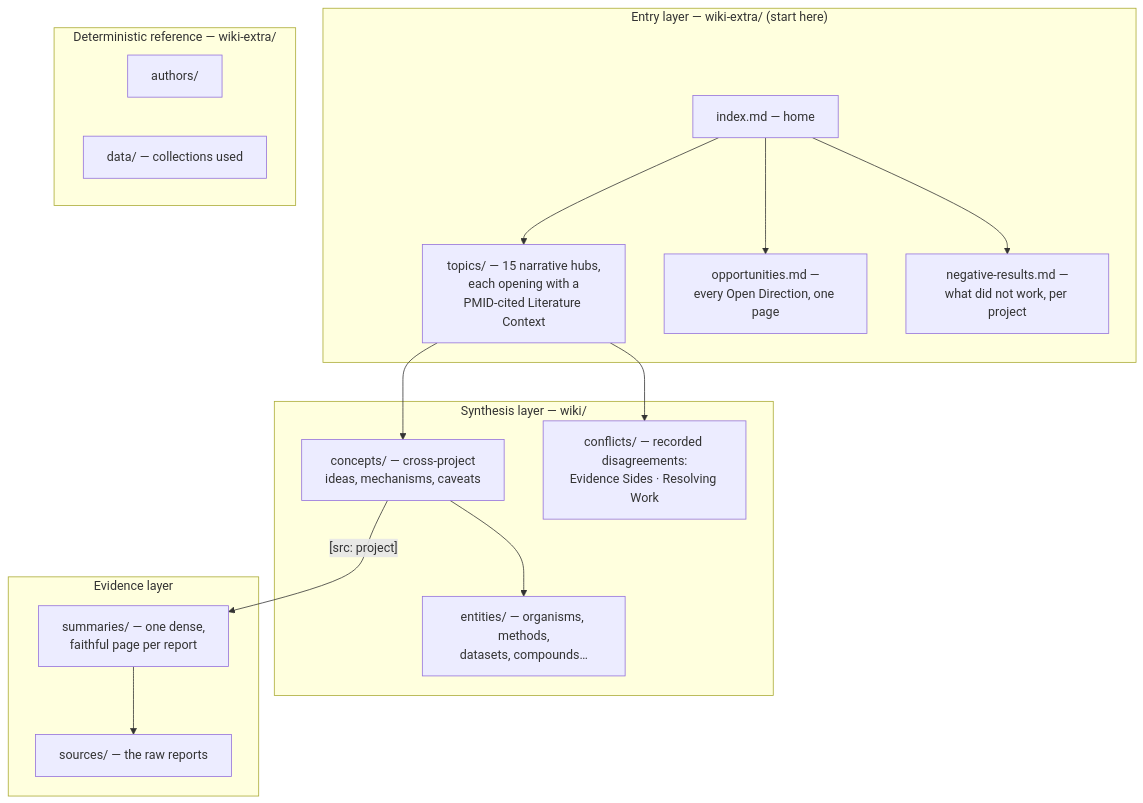
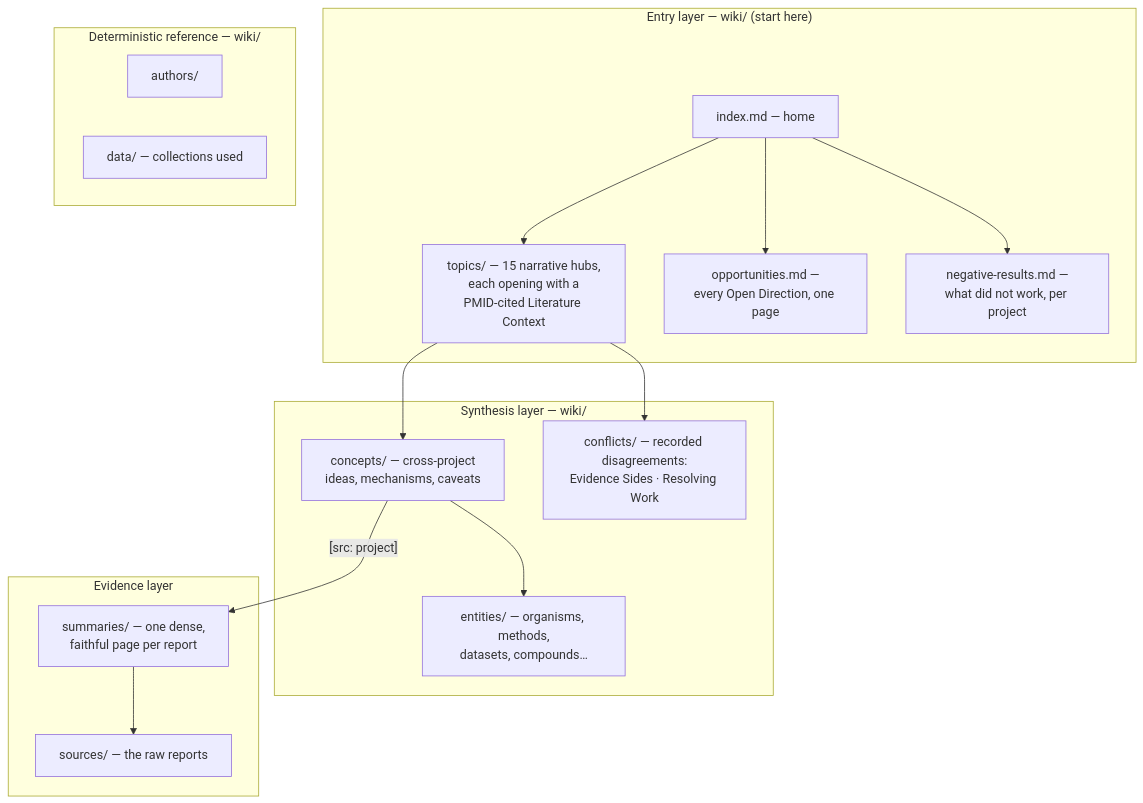
Before and after one commit to beril-doe/beril-wiki: the diagram in docs/wiki.md, drawn with Mermaid. The commit also changed other lines of this file and 173 other files, not shown here.

````diff
--- a/docs/wiki.md
+++ b/docs/wiki.md
@@ -8,24 +8,24 @@
 ```mermaid
 flowchart TD
-    subgraph ENTRY["Entry layer — wiki-extra/ (start here)"]
+    subgraph ENTRY["Entry layer — wiki/ (start here)"]
         HOME[index.md — home] --> TOPICS["topics/ — 15 narrative hubs,<br/>each opening with a<br/>PMID-cited Literature Context"]
         HOME --> OPP[opportunities.md —<br/>every Open Direction, one page]
         HOME --> NEG[negative-results.md —<br/>what did not work, per project]
     end
 
     subgraph SYNTH["Synthesis layer — wiki/"]
         TOPICS --> CONCEPTS["concepts/ — cross-project<br/>ideas, mechanisms, caveats"]
         TOPICS --> CONFLICTS["conflicts/ — recorded disagreements:<br/>Evidence Sides · Resolving Work"]
         CONCEPTS --> ENTITIES["entities/ — organisms, methods,<br/>datasets, compounds…"]
     end
 
     subgraph EVIDENCE["Evidence layer"]
         CONCEPTS -->|"[src: project]"| SUMMARIES["summaries/ — one dense,<br/>faithful page per report"]
         SUMMARIES --> RAW[sources/ — the raw reports]
     end
 
-    subgraph SIDE["Deterministic reference — wiki-extra/"]
+    subgraph SIDE["Deterministic reference — wiki/"]
         AUTH[authors/]
         DATA[data/ — collections used]
     end
 ```
````
